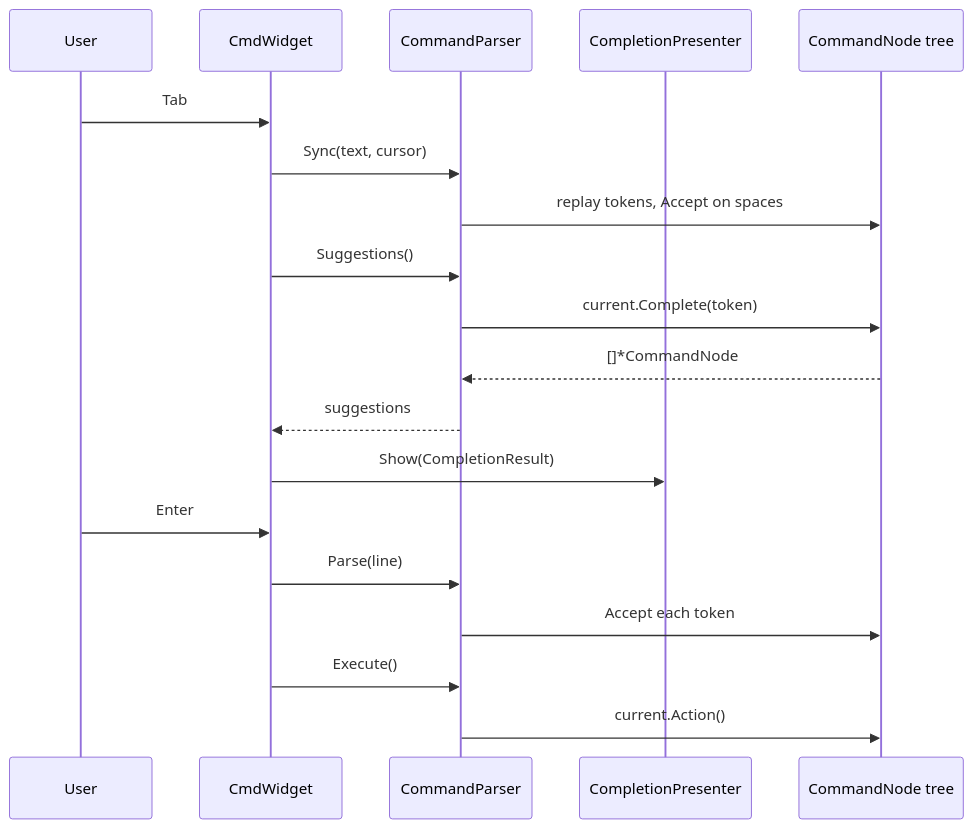
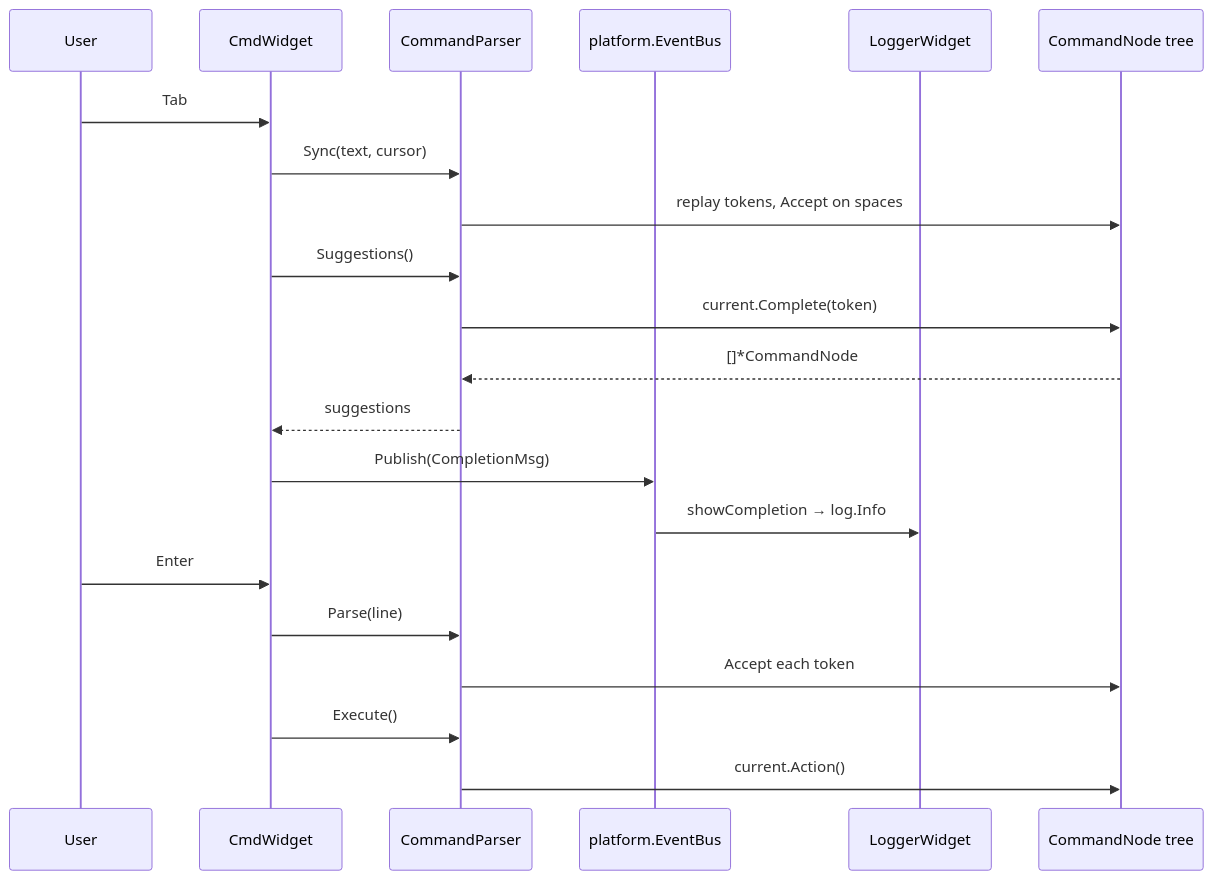
Before and after one commit to yairgd/gdbforge: the second of 2 diagrams in docs/COMMAND_SYSTEM.md, drawn with Mermaid. The commit also changed other lines of this file and 15 other files, not shown here.

````diff
--- a/docs/COMMAND_SYSTEM.md
+++ b/docs/COMMAND_SYSTEM.md
@@ -236,23 +248,25 @@
 ```mermaid
 sequenceDiagram
     participant User
     participant CmdW as CmdWidget
     participant Parser as CommandParser
-    participant Presenter as CompletionPresenter
+    participant Bus as platform.EventBus
+    participant LogW as LoggerWidget
     participant Tree as CommandNode tree
 
     User->>CmdW: Tab
     CmdW->>Parser: Sync(text, cursor)
     Parser->>Tree: replay tokens, Accept on spaces
     CmdW->>Parser: Suggestions()
     Parser->>Tree: current.Complete(token)
     Tree-->>Parser: []*CommandNode
     Parser-->>CmdW: suggestions
-    CmdW->>Presenter: Show(CompletionResult)
+    CmdW->>Bus: Publish(CompletionMsg)
+    Bus->>LogW: showCompletion → log.Info
 
     User->>CmdW: Enter
     CmdW->>Parser: Parse(line)
     Parser->>Tree: Accept each token
     CmdW->>Parser: Execute()
     Parser->>Tree: current.Action()
 ```
````
